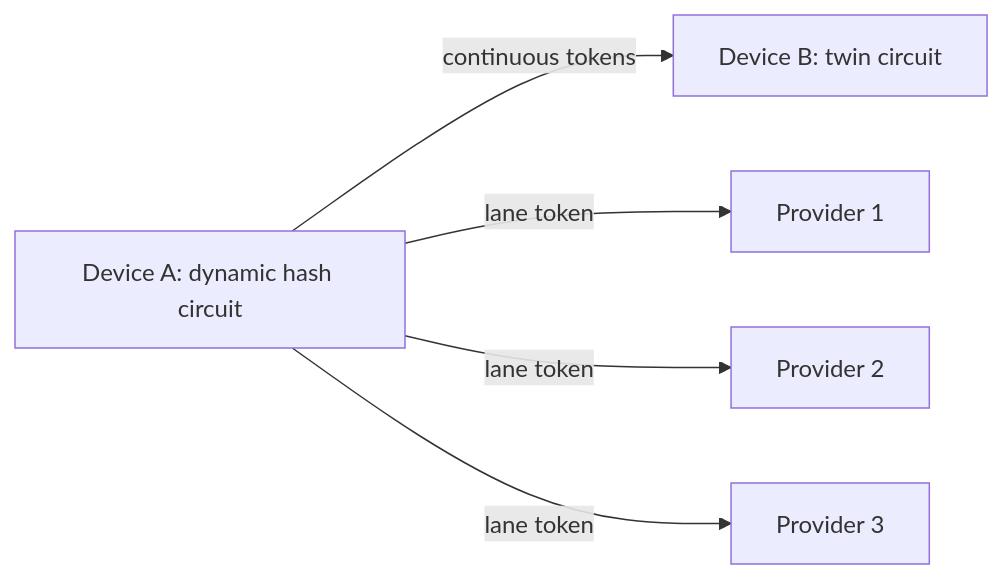
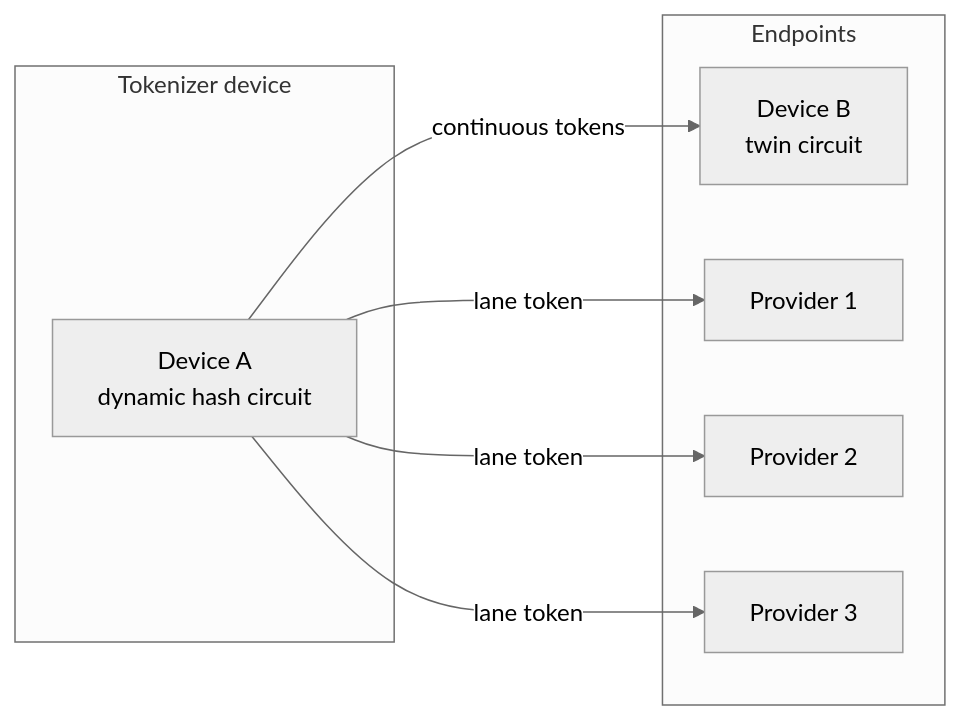
One commit to cekkr/phaselane-algorithm changed the first of 3 diagrams in papers/scientific-paper.md. Above: the diagram before and after it, drawn with Mermaid. The commit also changed other lines of this file, not shown here.

````diff
--- a/papers/scientific-paper.md
+++ b/papers/scientific-paper.md
@@ -45,7 +30,19 @@
 ```mermaid
+%%{init: {"theme":"neutral","flowchart":{"curve":"basis"}} }%%
 flowchart LR
-  DeviceA[Device A: dynamic hash circuit] -- continuous tokens --> DeviceB[Device B: twin circuit]
-  DeviceA -- lane token --> Provider1[Provider 1]
-  DeviceA -- lane token --> Provider2[Provider 2]
-  DeviceA -- lane token --> Provider3[Provider 3]
+  subgraph Device["Tokenizer device"]
+    A["Device A<br/>dynamic hash circuit"]
+  end
+
+  subgraph Endpoints["Endpoints"]
+    B["Device B<br/>twin circuit"]
+    P1["Provider 1"]
+    P2["Provider 2"]
+    P3["Provider 3"]
+  end
+
+  A -- "continuous tokens" --> B
+  A -- "lane token" --> P1
+  A -- "lane token" --> P2
+  A -- "lane token" --> P3
 ```
````
